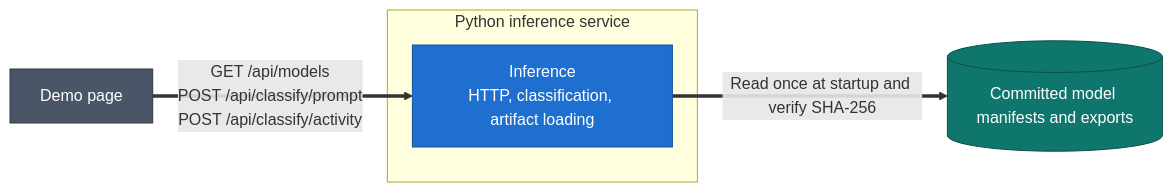
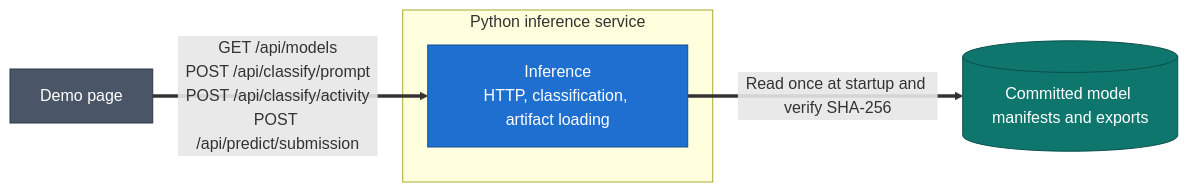
Before and after one commit to atuan1605/COS40005_HN9_Verifiable_Co-Learner_Agent: the second of 2 diagrams in docs/c4/local-ml-demo.md, drawn with Mermaid. The commit also changed other lines of this file and 12 other files, not shown here.

````diff
--- a/docs/c4/local-ml-demo.md
+++ b/docs/c4/local-ml-demo.md
@@ -24,13 +24,13 @@
 ```mermaid
 flowchart LR
   classDef comp fill:#1f6fd0,stroke:#164f96,color:#ffffff
   classDef near fill:#4a5568,stroke:#2d3748,color:#ffffff
   classDef db fill:#0f766e,stroke:#0a4f4a,color:#ffffff
   browser["Demo page"]:::near
   subgraph service["Python inference service"]
     inference["Inference<br/>HTTP, classification, artifact loading"]:::comp
   end
   export[("Committed model manifests and exports")]:::db
-  browser ==>|"GET /api/models<br/>POST /api/classify/prompt<br/>POST /api/classify/activity"| inference
+  browser ==>|"GET /api/models<br/>POST /api/classify/prompt<br/>POST /api/classify/activity<br/>POST /api/predict/submission"| inference
   inference ==>|"Read once at startup and verify SHA-256"| export
 ```
````
